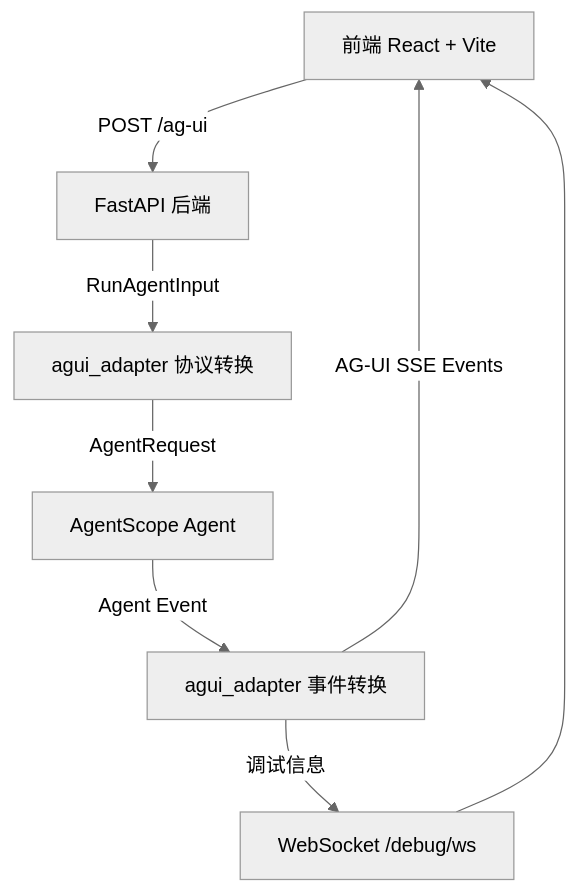
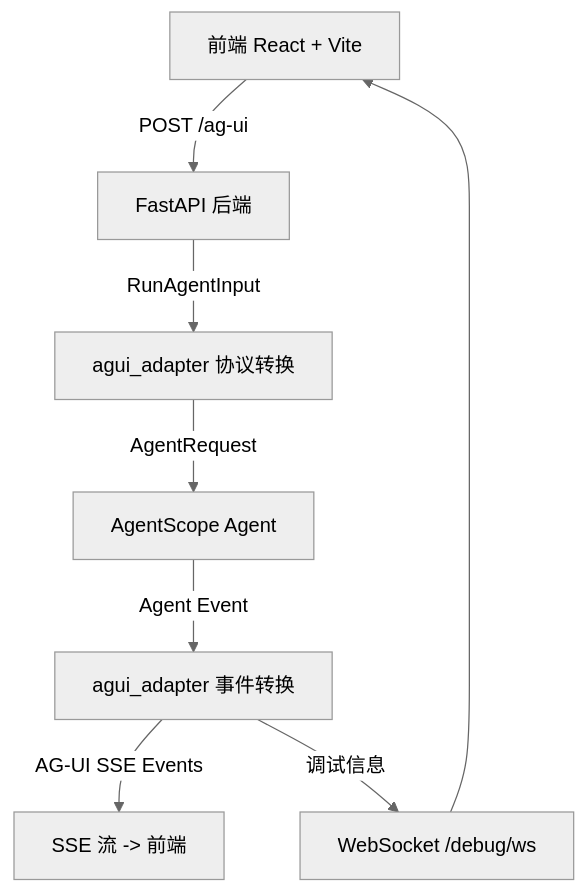
Before and after one commit to dddd1127/ag_ui_debug: the diagram in README.md, drawn with Mermaid (neutral theme). The commit also changed other lines of this file and 2 other files, not shown here.

````diff
--- a/README.md
+++ b/README.md
@@ -35,10 +75,10 @@
 ```mermaid
 flowchart TD
     FE[前端 React + Vite] -->|POST /ag-ui| BE[FastAPI 后端]
     BE -->|RunAgentInput| ADAPTER1[agui_adapter 协议转换]
     ADAPTER1 -->|AgentRequest| AGENT[AgentScope Agent]
     AGENT -->|Agent Event| ADAPTER2[agui_adapter 事件转换]
-    ADAPTER2 -->|AG-UI SSE Events| FE
+    ADAPTER2 -->|AG-UI SSE Events| BE2[SSE 流 -> 前端]
     ADAPTER2 -->|调试信息| WS[WebSocket /debug/ws]
     WS --> FE
 ```
````
